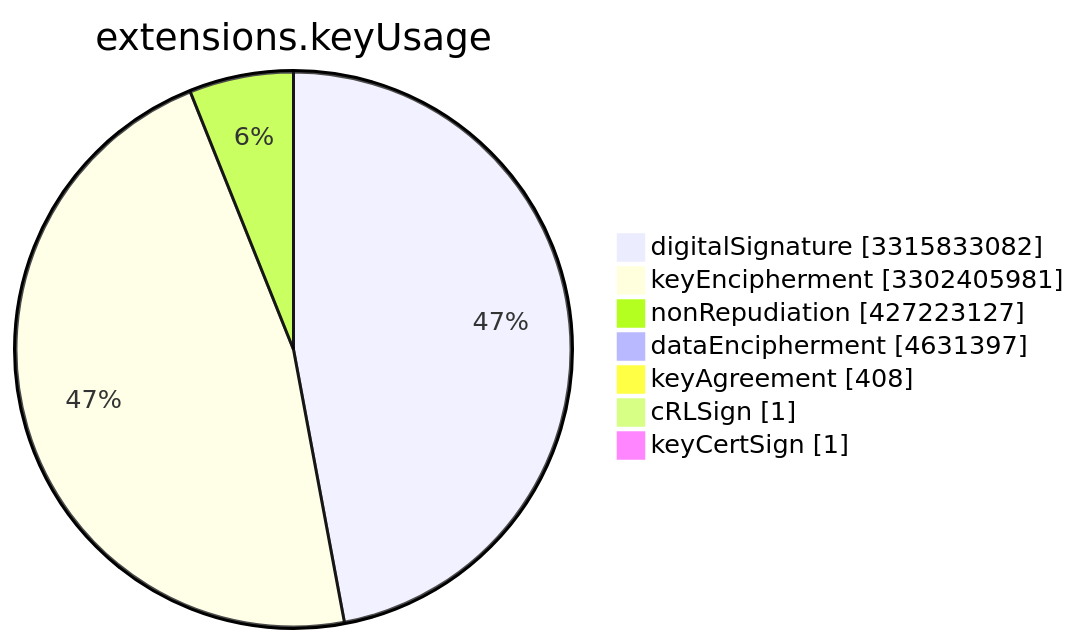
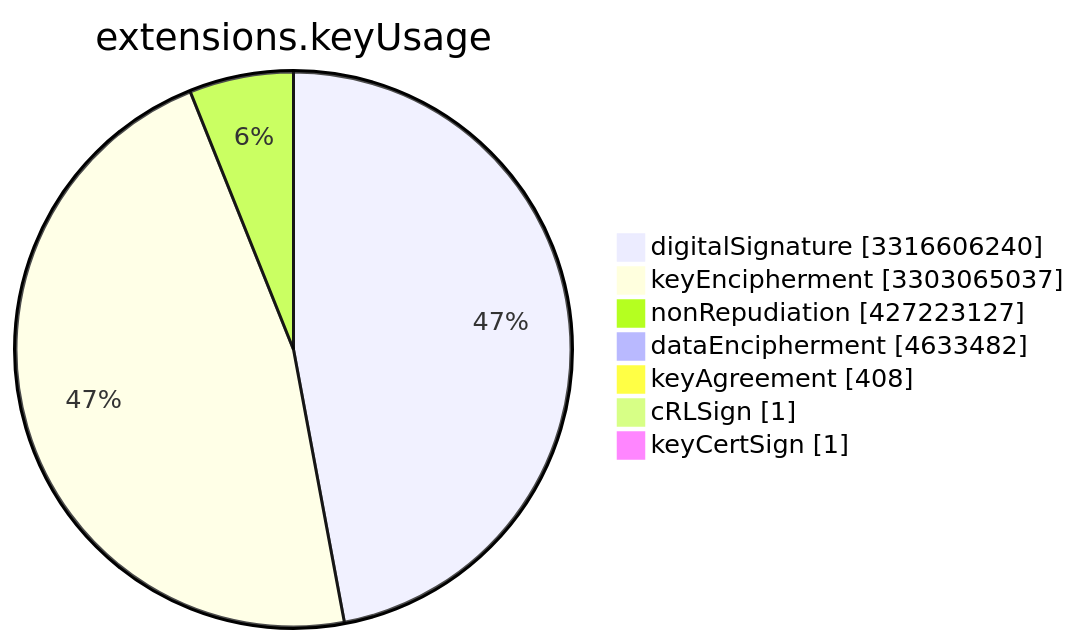
Before and after one commit to christiankrug/ctmonitor_visualization: the sixth of 15 diagrams in TOTAL/README.md, drawn with Mermaid. The commit also changed other lines of this file, not shown here.

````diff
--- a/TOTAL/README.md
+++ b/TOTAL/README.md
@@ -3078,11 +3078,11 @@
 ```mermaid
 pie showData
 title extensions.keyUsage
-"digitalSignature" :3315833082
-"keyEncipherment" :3302405981
+"digitalSignature" :3316606240
+"keyEncipherment" :3303065037
 "nonRepudiation" :427223127
-"dataEncipherment" :4631397
+"dataEncipherment" :4633482
 "keyAgreement" :408
 "cRLSign" :1
 "keyCertSign" :1
 ```
````
